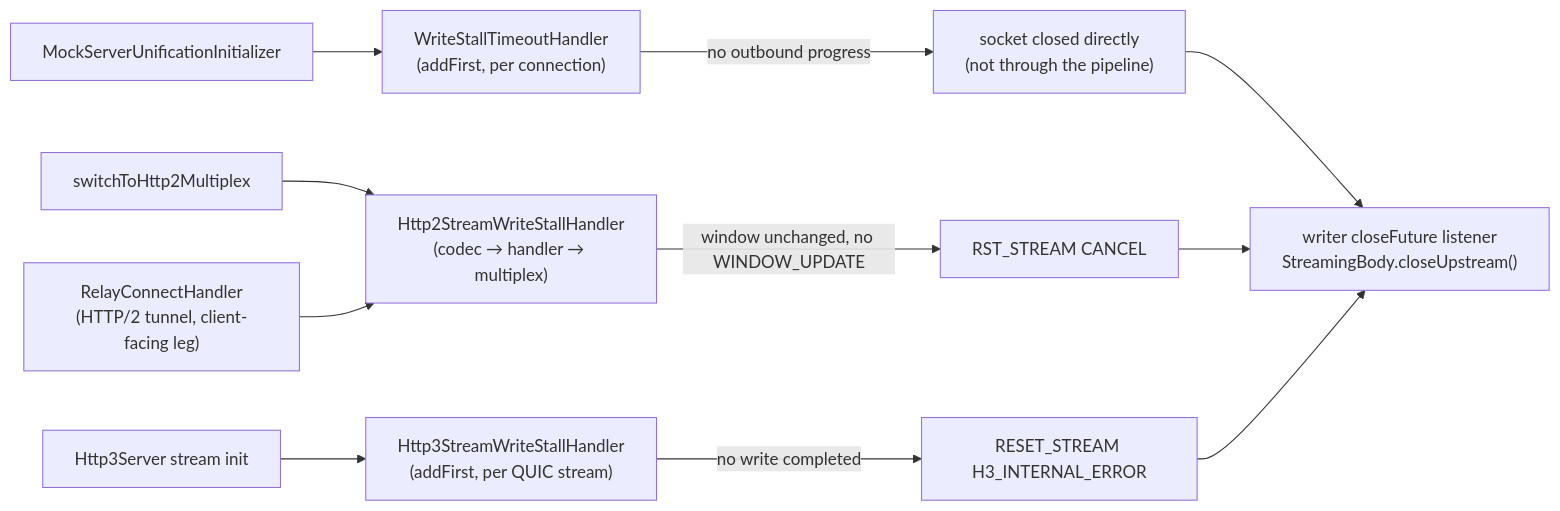
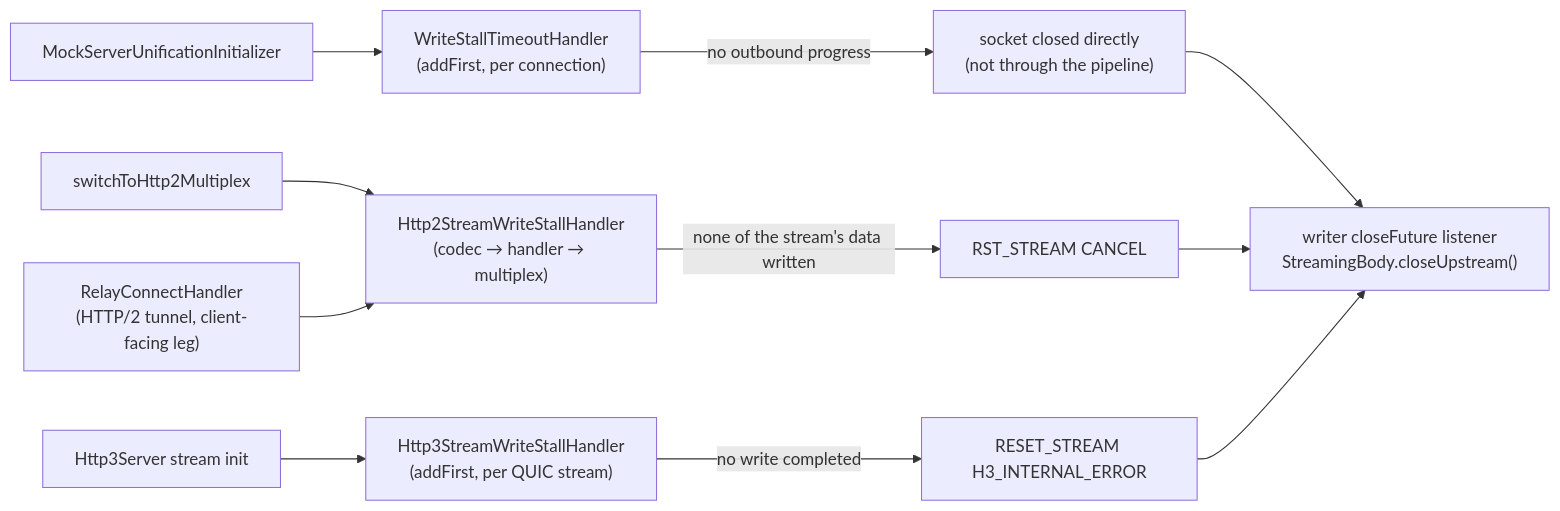
Before and after one commit to inspire12/mockserver: the fifth of 23 diagrams in docs/code/netty-pipeline.md, drawn with Mermaid. The commit also changed other lines of this file and 8 other files, not shown here.

````diff
--- a/docs/code/netty-pipeline.md
+++ b/docs/code/netty-pipeline.md
@@ -271,13 +271,13 @@
 ```mermaid
 flowchart LR
     ACC["MockServerUnificationInitializer"] --> TCP["WriteStallTimeoutHandler\n(addFirst, per connection)"]
     H2["switchToHttp2Multiplex"] --> S2["Http2StreamWriteStallHandler\n(codec → handler → multiplex)"]
     RL["RelayConnectHandler\n(HTTP/2 tunnel, client-facing leg)"] --> S2
     Q["Http3Server stream init"] --> S3["Http3StreamWriteStallHandler\n(addFirst, per QUIC stream)"]
     TCP -->|"no outbound progress"| CLOSE["socket closed directly\n(not through the pipeline)"]
-    S2 -->|"window unchanged, no WINDOW_UPDATE"| RST2["RST_STREAM CANCEL"]
+    S2 -->|"none of the stream's data written"| RST2["RST_STREAM CANCEL"]
     S3 -->|"no write completed"| RST3["RESET_STREAM H3_INTERNAL_ERROR"]
     CLOSE --> UP["writer closeFuture listener\nStreamingBody.closeUpstream()"]
     RST2 --> UP
     RST3 --> UP
 ```
````
